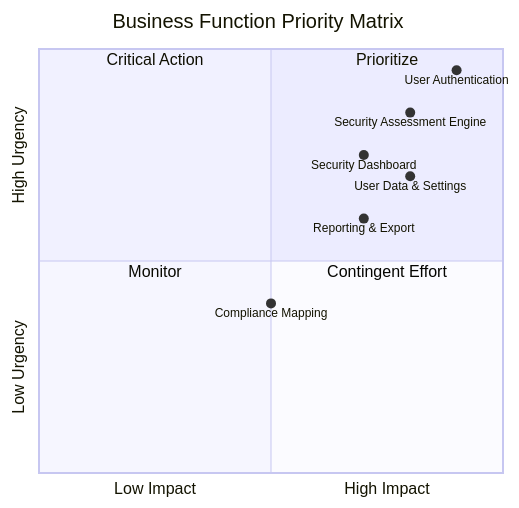
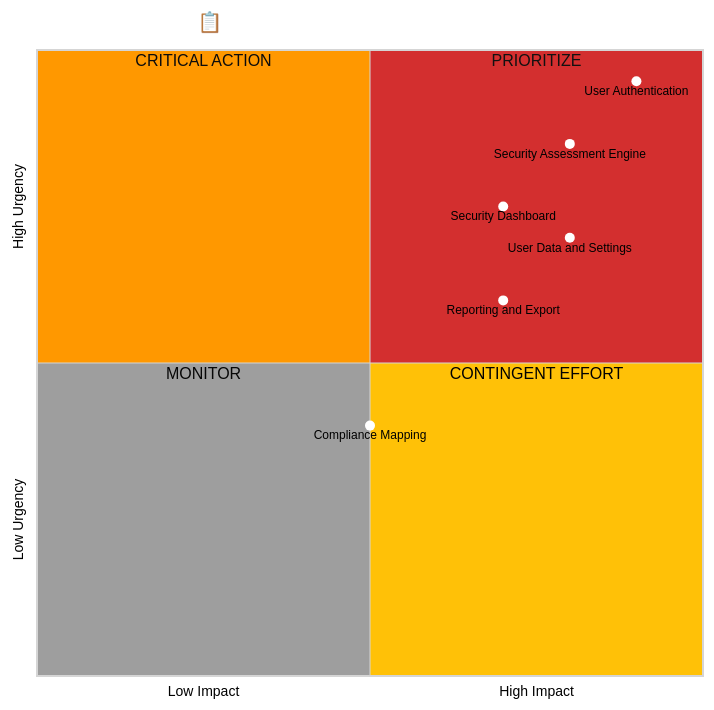
The fourth of 33 diagrams in docs/architecture/BCPPlan.md (Hack23/cia-compliance-manager), drawn with Mermaid before and after one commit. The commit also changed other lines of this file and 18 other files, not shown here.

First line of the commit message:
style: update all classDef colors to ISMS style guide palette and fix quadrant charts

````diff
--- a/docs/architecture/BCPPlan.md
+++ b/docs/architecture/BCPPlan.md
@@ -227,16 +227,39 @@
 ```mermaid
+%%{init: {
+  "theme": "neutral",
+  "themeVariables": {
+    "quadrant1Fill": "#D32F2F",
+    "quadrant2Fill": "#FF9800",
+    "quadrant3Fill": "#9E9E9E",
+    "quadrant4Fill": "#FFC107",
+    "quadrantTitleFill": "#ffffff",
+    "quadrantPointFill": "#ffffff",
+    "quadrantPointTextFill": "#000000",
+    "quadrantXAxisTextFill": "#000000",
+    "quadrantYAxisTextFill": "#000000"
+  },
+  "quadrantChart": {
+    "chartWidth": 700,
+    "chartHeight": 700,
+    "pointLabelFontSize": 12,
+    "titleFontSize": 20,
+    "quadrantLabelFontSize": 16,
+    "xAxisLabelFontSize": 14,
+    "yAxisLabelFontSize": 14
+  }
+}}%%
 quadrantChart
-    title Business Function Priority Matrix
+    title 📋 Business Function Priority Matrix
     x-axis Low Impact --> High Impact
     y-axis Low Urgency --> High Urgency
-    quadrant-1 "Prioritize"
-    quadrant-2 "Critical Action"
-    quadrant-3 "Monitor"
-    quadrant-4 "Contingent Effort"
-    "User Authentication": [0.9, 0.95]
-    "Security Assessment Engine": [0.8, 0.85]
-    "Security Dashboard": [0.7, 0.75]
-    "User Data & Settings": [0.8, 0.7]
-    "Reporting & Export": [0.7, 0.6]
-    "Compliance Mapping": [0.5, 0.4]
+    quadrant-1 PRIORITIZE
+    quadrant-2 CRITICAL ACTION
+    quadrant-3 MONITOR
+    quadrant-4 CONTINGENT EFFORT
+    "User Authentication": [0.90, 0.95]
+    "Security Assessment Engine": [0.80, 0.85]
+    "Security Dashboard": [0.70, 0.75]
+    "User Data and Settings": [0.80, 0.70]
+    "Reporting and Export": [0.70, 0.60]
+    "Compliance Mapping": [0.50, 0.40]
 ```
````
